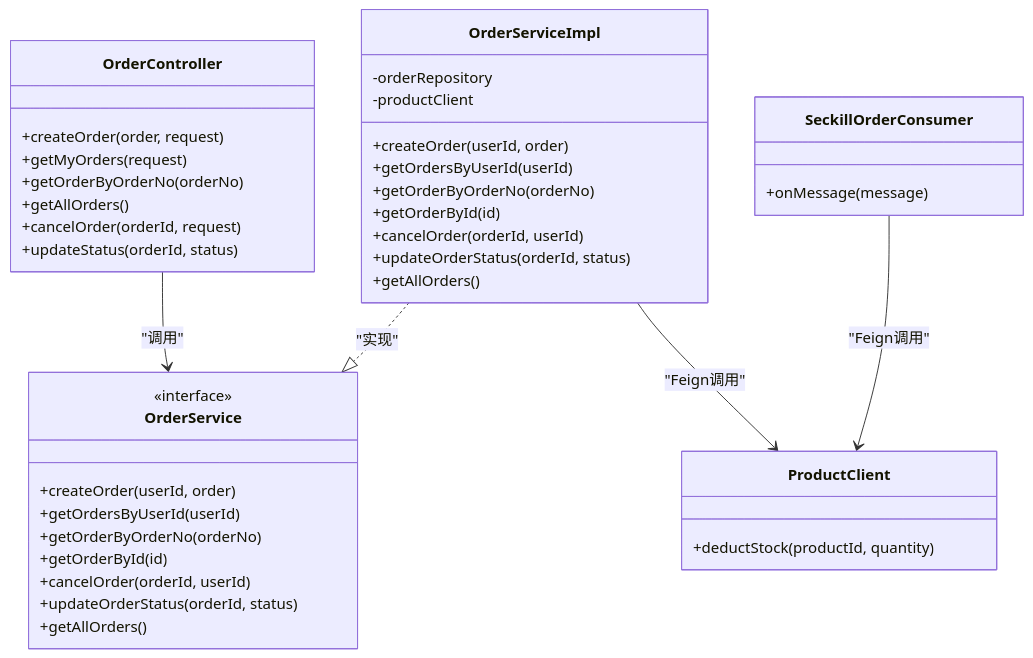
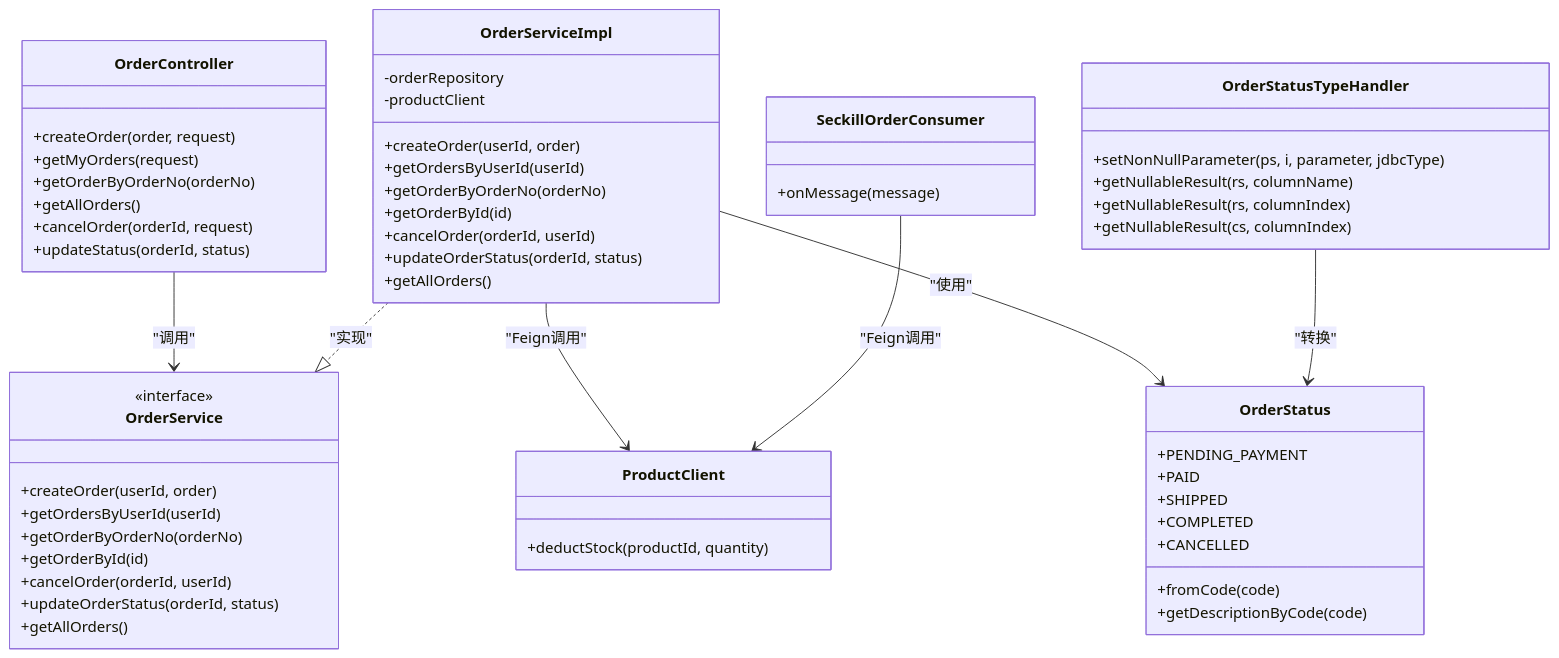
The second of 8 diagrams in .qoder/repowiki/zh/content/API接口文档/订单服务API.md (haohailiang/qoder-fullstack), drawn with Mermaid before and after one commit. The commit also changed other lines of this file and 24 other files, not shown here.

````diff
--- a/.qoder/repowiki/zh/content/API接口文档/订单服务API.md
+++ b/.qoder/repowiki/zh/content/API接口文档/订单服务API.md
@@ -94,42 +111,59 @@
 ```mermaid
 classDiagram
 class OrderController {
 +createOrder(order, request)
 +getMyOrders(request)
 +getOrderByOrderNo(orderNo)
 +getAllOrders()
 +cancelOrder(orderId, request)
 +updateStatus(orderId, status)
 }
 class OrderService {
 <<interface>>
 +createOrder(userId, order)
 +getOrdersByUserId(userId)
 +getOrderByOrderNo(orderNo)
 +getOrderById(id)
 +cancelOrder(orderId, userId)
 +updateOrderStatus(orderId, status)
 +getAllOrders()
 }
 class OrderServiceImpl {
 -orderRepository
 -productClient
 +createOrder(userId, order)
 +getOrdersByUserId(userId)
 +getOrderByOrderNo(orderNo)
 +getOrderById(id)
 +cancelOrder(orderId, userId)
 +updateOrderStatus(orderId, status)
 +getAllOrders()
 }
 class ProductClient {
 +deductStock(productId, quantity)
 }
 class SeckillOrderConsumer {
 +onMessage(message)
 }
+class OrderStatus {
++PENDING_PAYMENT
++PAID
++SHIPPED
++COMPLETED
++CANCELLED
++fromCode(code)
++getDescriptionByCode(code)
+}
+class OrderStatusTypeHandler {
++setNonNullParameter(ps, i, parameter, jdbcType)
++getNullableResult(rs, columnName)
++getNullableResult(rs, columnIndex)
++getNullableResult(cs, columnIndex)
+}
 OrderController --> OrderService : "调用"
 OrderServiceImpl ..|> OrderService : "实现"
 OrderServiceImpl --> ProductClient : "Feign调用"
+OrderServiceImpl --> OrderStatus : "使用"
+OrderStatusTypeHandler --> OrderStatus : "转换"
 SeckillOrderConsumer --> ProductClient : "Feign调用"
 ```
````
